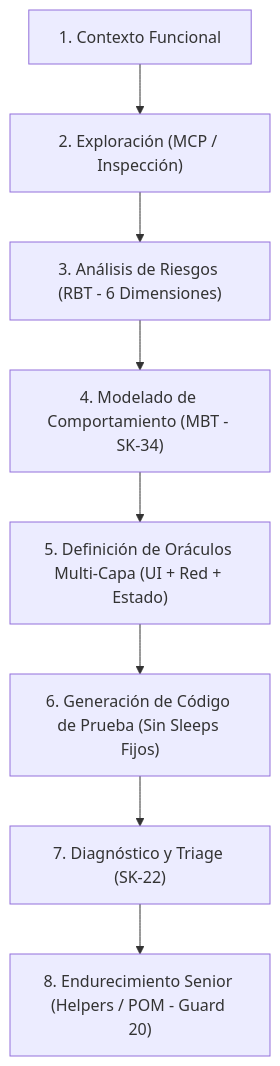
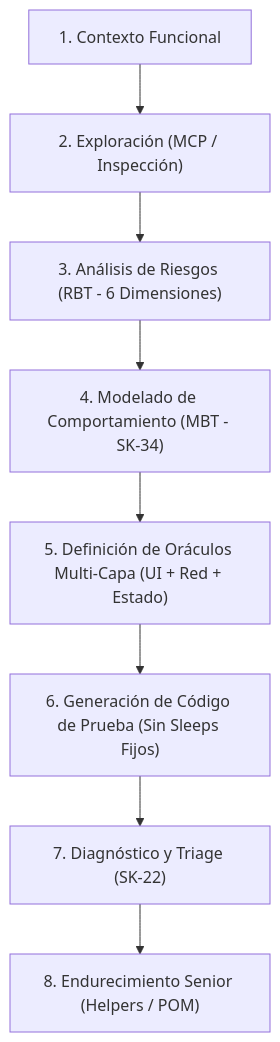
One commit to lacruzjd/AI4Devs-finalproject changed the diagram in .agents/rules/01_prompt_staircase_standard.md. Above: the diagram before and after it, drawn with Mermaid. The commit also changed other lines of this file and 30 other files, not shown here.

````diff
--- a/.agents/rules/01_prompt_staircase_standard.md
+++ b/.agents/rules/01_prompt_staircase_standard.md
@@ -14,10 +14,10 @@
 ```mermaid
 graph TD
     STEP1["1. Contexto Funcional"] --> STEP2["2. Exploración (MCP / Inspección)"]
     STEP2 --> STEP3["3. Análisis de Riesgos (RBT - 6 Dimensiones)"]
     STEP3 --> STEP4["4. Modelado de Comportamiento (MBT - SK-34)"]
     STEP4 --> STEP5["5. Definición de Oráculos Multi-Capa (UI + Red + Estado)"]
     STEP5 --> STEP6["6. Generación de Código de Prueba (Sin Sleeps Fijos)"]
     STEP6 --> STEP7["7. Diagnóstico y Triage (SK-22)"]
-    STEP7 --> STEP8["8. Endurecimiento Senior (Helpers / POM - Guard 20)"]
+    STEP7 --> STEP8["8. Endurecimiento Senior (Helpers / POM)"]
 ```
````
